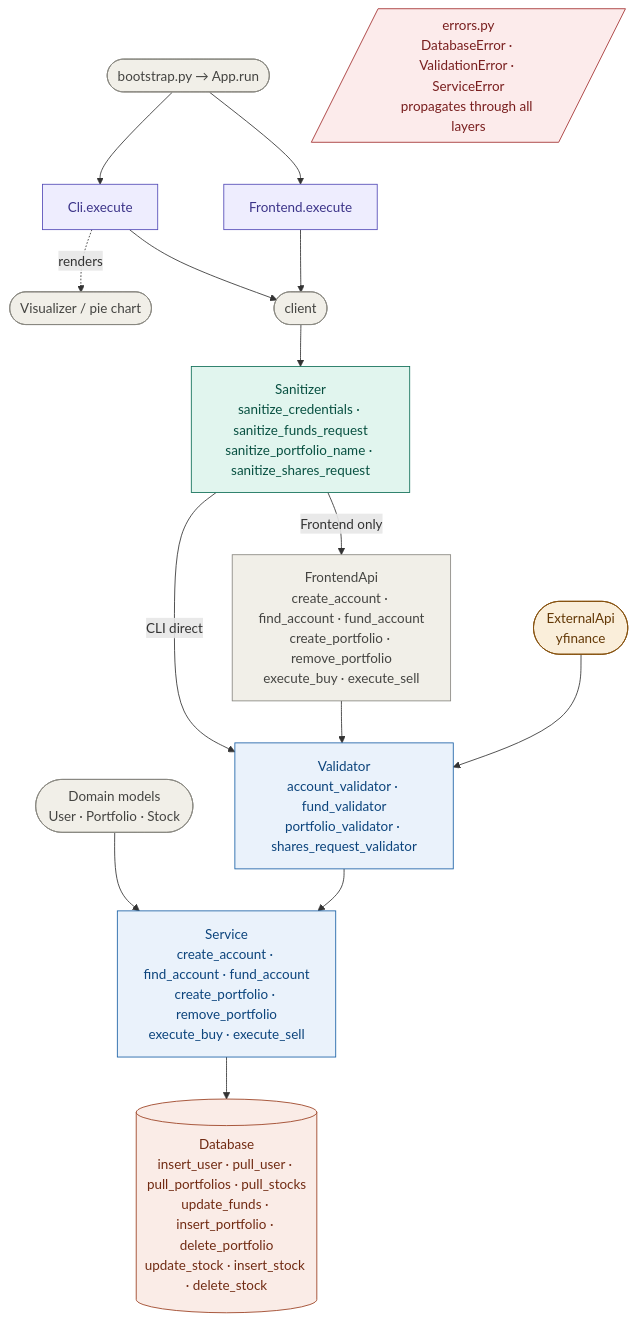
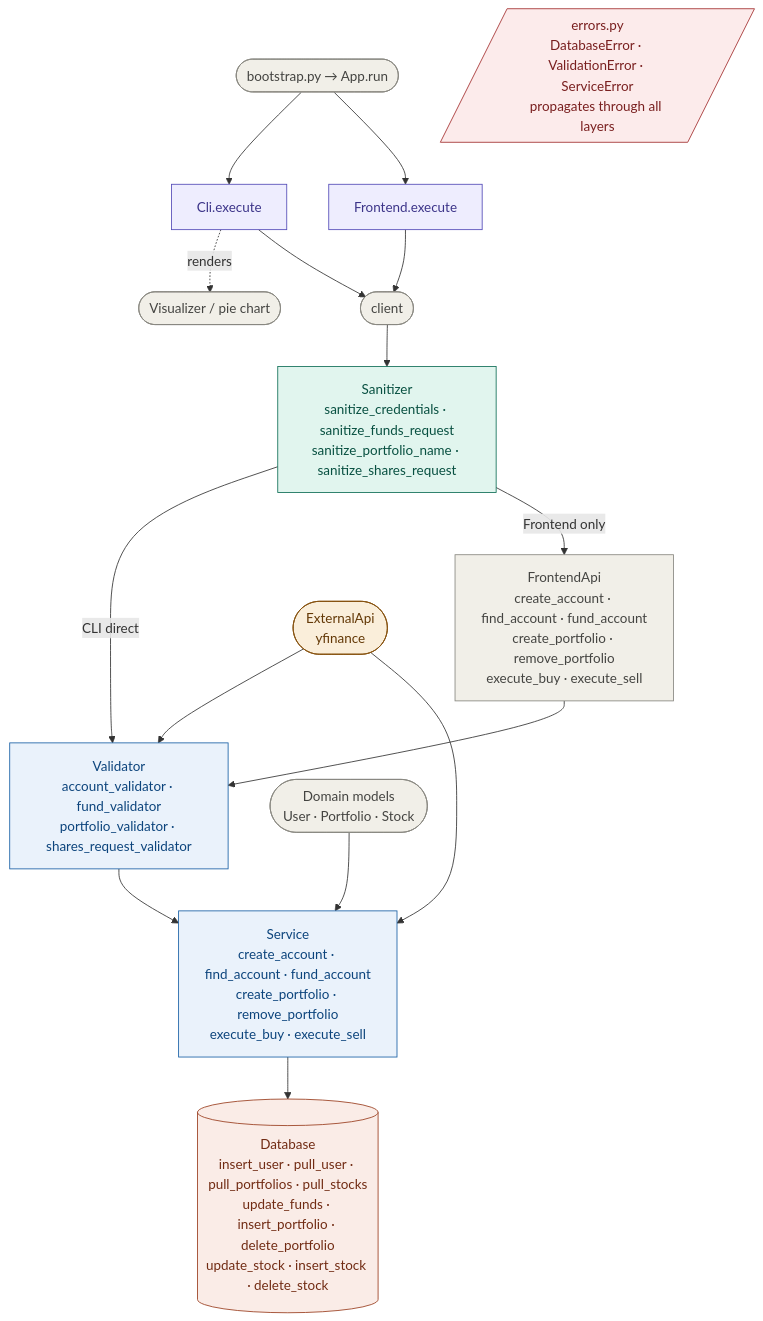
Before and after one commit to Aditi1900/investment-app: the diagram in README.md, drawn with Mermaid.

Commit message:
testing mermaid diagram github

````diff
--- a/README.md
+++ b/README.md
@@ -1,41 +1,42 @@
 ```mermaid
 flowchart TD
     A([bootstrap.py → App.run])
 
     A --> B[Cli.execute]
     A --> C[Frontend.execute]
     B -.->|renders| VIZ([Visualizer / pie chart])
 
     B --> D([client])
     C --> D
 
     D --> E[Sanitizer\nsanitize_credentials · sanitize_funds_request\nsanitize_portfolio_name · sanitize_shares_request]
 
     E -->|CLI direct| G
     E -->|Frontend only| F[FrontendApi\ncreate_account · find_account · fund_account\ncreate_portfolio · remove_portfolio\nexecute_buy · execute_sell]
     F --> G
 
     EXT([ExternalApi\nyfinance]) --> G
+    EXT([ExternalApi\nyfinance]) --> H
     DOM([Domain models\nUser · Portfolio · Stock]) --> H
 
     G[Validator\naccount_validator · fund_validator\nportfolio_validator · shares_request_validator]
     G --> H[Service\ncreate_account · find_account · fund_account\ncreate_portfolio · remove_portfolio\nexecute_buy · execute_sell]
 
     H --> I[(Database\ninsert_user · pull_user · pull_portfolios · pull_stocks\nupdate_funds · insert_portfolio · delete_portfolio\nupdate_stock · insert_stock · delete_stock)]
 
     ERR[/errors.py\nDatabaseError · ValidationError · ServiceError\npropagates through all layers/]
 
     style A fill:#F1EFE8,stroke:#888780,color:#444441
     style D fill:#F1EFE8,stroke:#888780,color:#444441
     style VIZ fill:#F1EFE8,stroke:#888780,color:#444441
     style B fill:#EEEDFE,stroke:#534AB7,color:#3C3489
     style C fill:#EEEDFE,stroke:#534AB7,color:#3C3489
     style E fill:#E1F5EE,stroke:#0F6E56,color:#085041
     style F fill:#F1EFE8,stroke:#888780,color:#444441
     style G fill:#EAF2FB,stroke:#185FA5,color:#0C447C
     style H fill:#EAF2FB,stroke:#185FA5,color:#0C447C
     style I fill:#FAECE7,stroke:#993C1D,color:#712B13
     style EXT fill:#FAEEDA,stroke:#854F0B,color:#633806
     style DOM fill:#F1EFE8,stroke:#888780,color:#444441
     style ERR fill:#FCEBEB,stroke:#A32D2D,color:#791F1F
 ```
````
